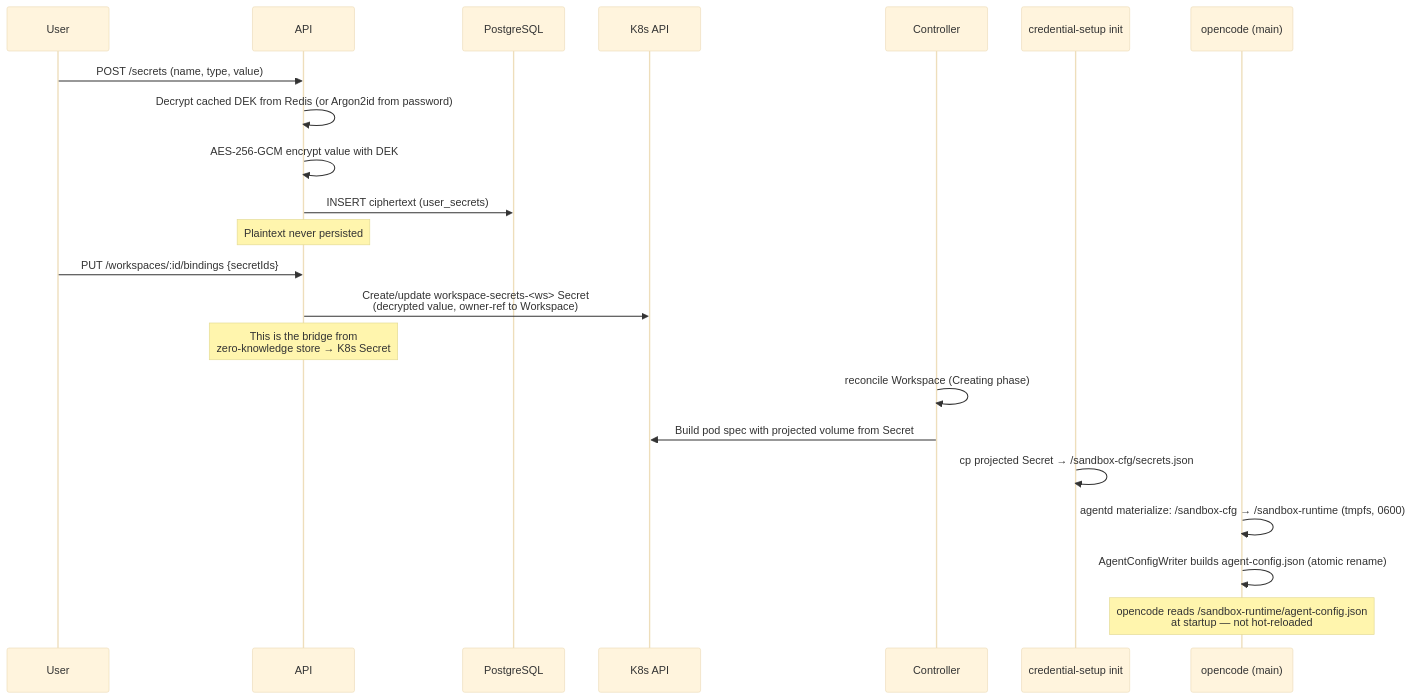
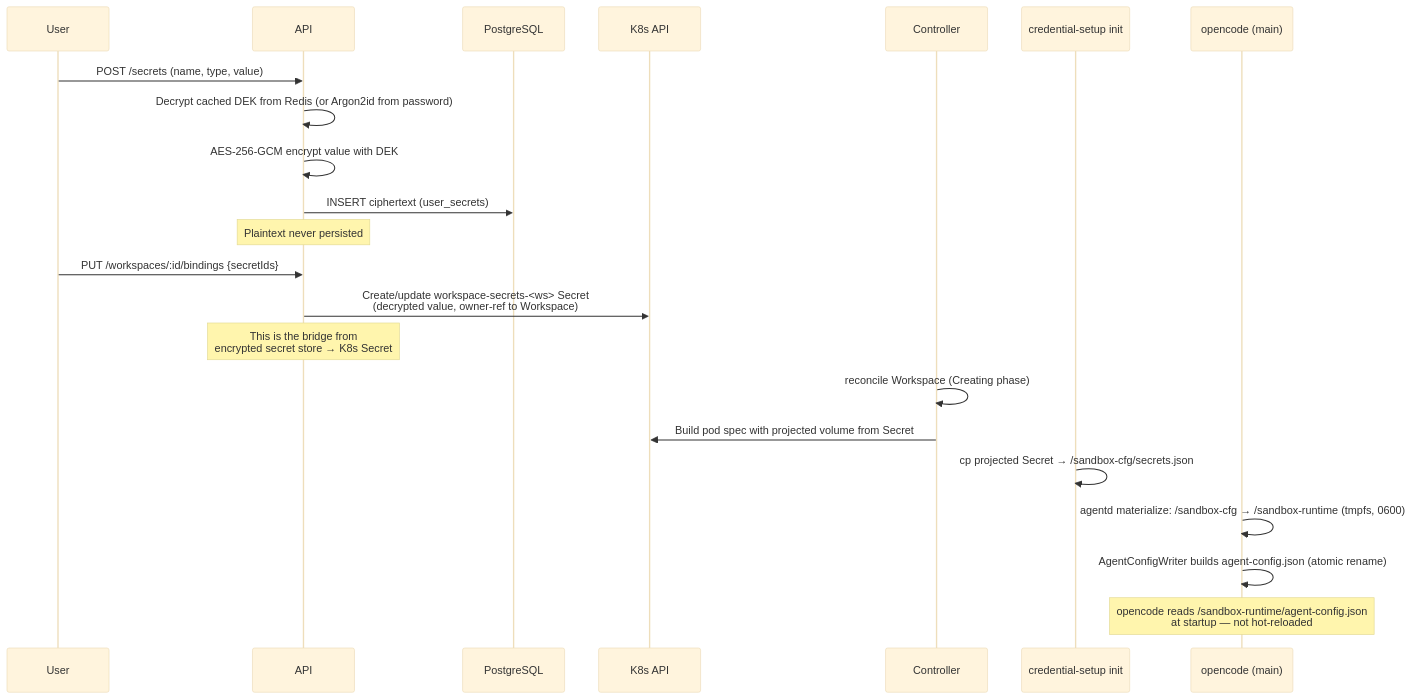
Before and after one commit to lenaxia/LLMSafeSpaces: the second of 2 diagrams in docs/architecture/secrets.md, drawn with Mermaid (base theme). The commit also changed other lines of this file and 15 other files, not shown here.

````diff
--- a/docs/architecture/secrets.md
+++ b/docs/architecture/secrets.md
@@ -216,27 +216,27 @@
 ```mermaid
 sequenceDiagram
     participant U as User
     participant API as API
     participant PG as PostgreSQL
     participant K8s as K8s API
     participant Ctrl as Controller
     participant Init as credential-setup init
     participant Pod as opencode (main)
 
     U->>API: POST /secrets (name, type, value)
     API->>API: Decrypt cached DEK from Redis (or Argon2id from password)
     API->>API: AES-256-GCM encrypt value with DEK
     API->>PG: INSERT ciphertext (user_secrets)
     Note over API: Plaintext never persisted
 
     U->>API: PUT /workspaces/:id/bindings {secretIds}
     API->>K8s: Create/update workspace-secrets-<ws> Secret<br/>(decrypted value, owner-ref to Workspace)
-    Note over API: This is the bridge from<br/>zero-knowledge store → K8s Secret
+    Note over API: This is the bridge from<br/>encrypted secret store → K8s Secret
 
     Ctrl->>Ctrl: reconcile Workspace (Creating phase)
     Ctrl->>K8s: Build pod spec with projected volume from Secret
     Init->>Init: cp projected Secret → /sandbox-cfg/secrets.json
     Pod->>Pod: agentd materialize: /sandbox-cfg → /sandbox-runtime (tmpfs, 0600)
     Pod->>Pod: AgentConfigWriter builds agent-config.json (atomic rename)
     Note over Pod: opencode reads /sandbox-runtime/agent-config.json<br/>at startup — not hot-reloaded
 ```
````
